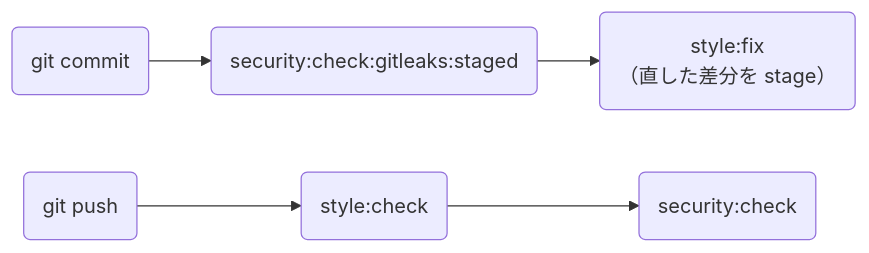
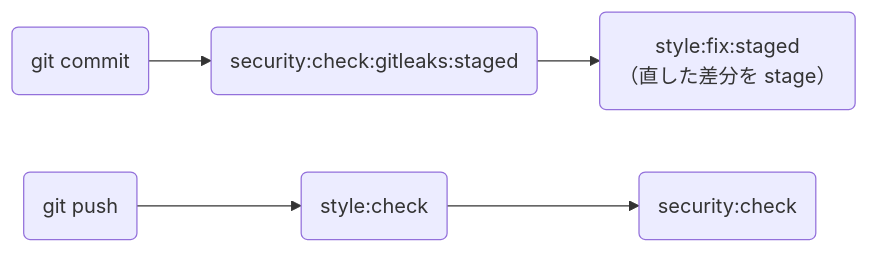
The fifth of 5 diagrams in docs/CHECKS.md (theindiehacker/devops), drawn with Mermaid before and after one commit. The commit also changed other lines of this file and 2 other files, not shown here.

Commit message:
レビュー指摘を反映する（stdin の fail-open ほか）
- タスクのスクリプトを stdin ではなく一時ファイルから実行する（対象 repo のコードが stdin を読み切ると、最後の exit が消えて失敗が成功扱いになるため）
- semgrep の venv は導入完了の印が無ければ作り直す
- mypy に同じモジュールの .py と .pyi を両方渡さない
- pre-commit では staged のファイルだけを自動修正する（style:fix:staged）

````diff
--- a/docs/CHECKS.md
+++ b/docs/CHECKS.md
@@ -116,5 +117,5 @@
 ```mermaid
 graph LR;
-    commit("git commit") --> g("security:check:gitleaks:staged") --> f("style:fix<br/>（直した差分を stage）")
+    commit("git commit") --> g("security:check:gitleaks:staged") --> f("style:fix:staged<br/>（直した差分を stage）")
     push("git push") --> c("style:check") --> s("security:check")
 ```
````
